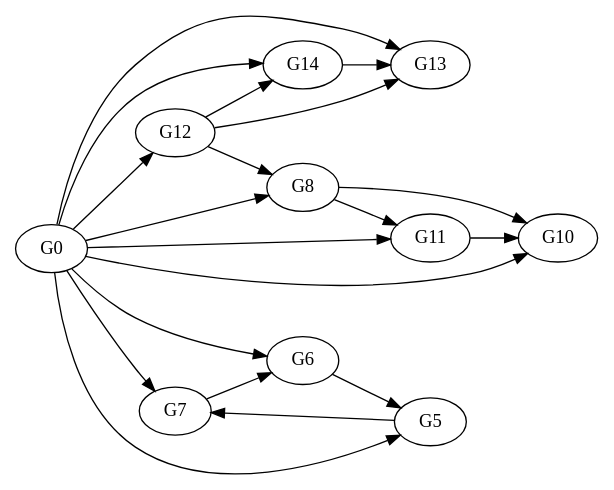
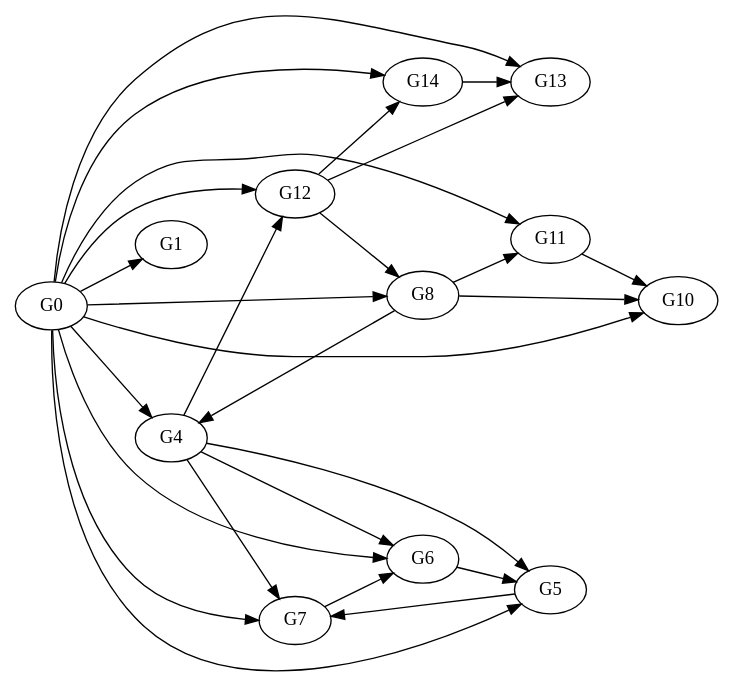
One commit to linn24/FYP changed the diagram in GeneRegulatoryNetwork_Linn/Example_2.dot. Above: the diagram before and after it, drawn with Graphviz. The commit also changed 1 other file, not shown here.

```diff
--- a/GeneRegulatoryNetwork_Linn/Example_2.dot
+++ b/GeneRegulatoryNetwork_Linn/Example_2.dot
@@ -1,32 +1,41 @@
 digraph "Example_1" {
 	rankdir=LR;
+	"G4" [position="138,454"];
 	"G14" [position="492,454"];
 	"G13" [position="219,509"];
+	"G1" [position="411,46"];
 	"G12" [position="315,528"];
 	"G0" [position="546,373"];
 	"G11" [position="219,46"];
 	"G10" [position="315,27"];
 	"G8" [position="411,509"];
 	"G7" [position="492,101"];
 	"G6" [position="546,182"];
 	"G5" [position="65,278"];
-	"G11" -> "G10";
+	"G0" -> "G7";
+	"G8" -> "G10";
 	"G12" -> "G13";
+	"G4" -> "G12";
+	"G0" -> "G1";
+	"G8" -> "G4";
 	"G12" -> "G8";
+	"G0" -> "G4";
+	"G4" -> "G7";
+	"G5" -> "G7";
+	"G6" -> "G5";
+	"G0" -> "G12";
+	"G7" -> "G6";
+	"G0" -> "G13";
+	"G0" -> "G14";
+	"G0" -> "G8";
 	"G12" -> "G14";
 	"G14" -> "G13";
+	"G4" -> "G5";
+	"G4" -> "G6";
 	"G0" -> "G10";
 	"G0" -> "G11";
-	"G0" -> "G12";
-	"G0" -> "G13";
-	"G5" -> "G7";
-	"G0" -> "G7";
-	"G0" -> "G8";
-	"G6" -> "G5";
 	"G8" -> "G11";
-	"G7" -> "G6";
-	"G8" -> "G10";
 	"G0" -> "G5";
 	"G0" -> "G6";
-	"G0" -> "G14";
+	"G11" -> "G10";
 }
```
